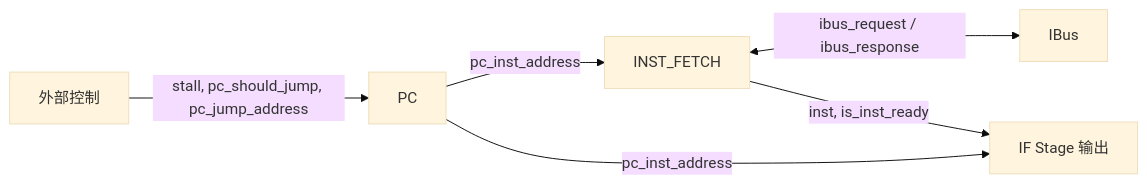
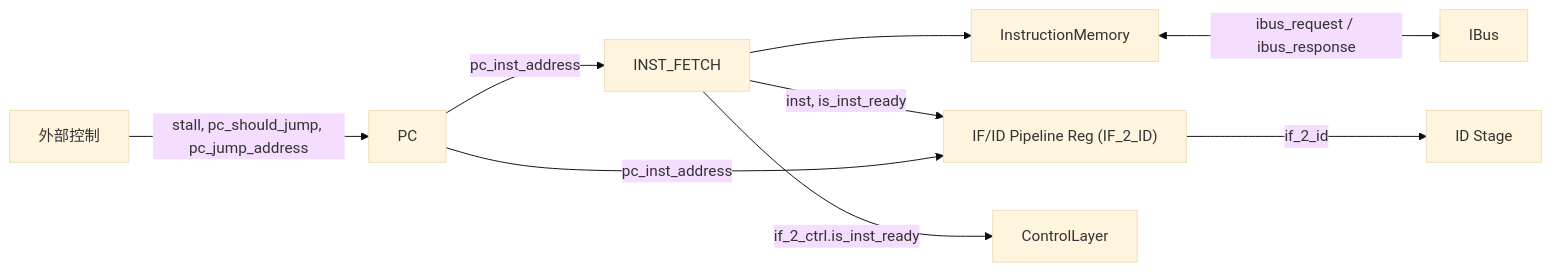
One commit to zhao-jingyan/26-Arch changed the first of 3 diagrams in design/arch_v2.md. Above: the diagram before and after it, drawn with Mermaid (base theme). The commit also changed other lines of this file and 17 other files, not shown here.

````diff
--- a/design/arch_v2.md
+++ b/design/arch_v2.md
@@ -182,8 +247,11 @@
 ```mermaid
 flowchart LR
     Ext[外部控制] -->|stall, pc_should_jump, pc_jump_address| PC
     PC -->|pc_inst_address| INST_FETCH
-    INST_FETCH <-->|ibus_request / ibus_response| IBus
-    INST_FETCH -->|inst, is_inst_ready| IF_Stage_out[IF Stage 输出]
-    PC -->|pc_inst_address| IF_Stage_out
+    INST_FETCH --> IM[InstructionMemory]
+    IM <-->|ibus_request / ibus_response| IBus
+    INST_FETCH -->|inst, is_inst_ready| IF_ID["IF/ID Pipeline Reg (IF_2_ID)"]
+    INST_FETCH -->|if_2_ctrl.is_inst_ready| Ctrl[ControlLayer]
+    PC -->|pc_inst_address| IF_ID
+    IF_ID -->|if_2_id| Downstream[ID Stage]
 ```
````
